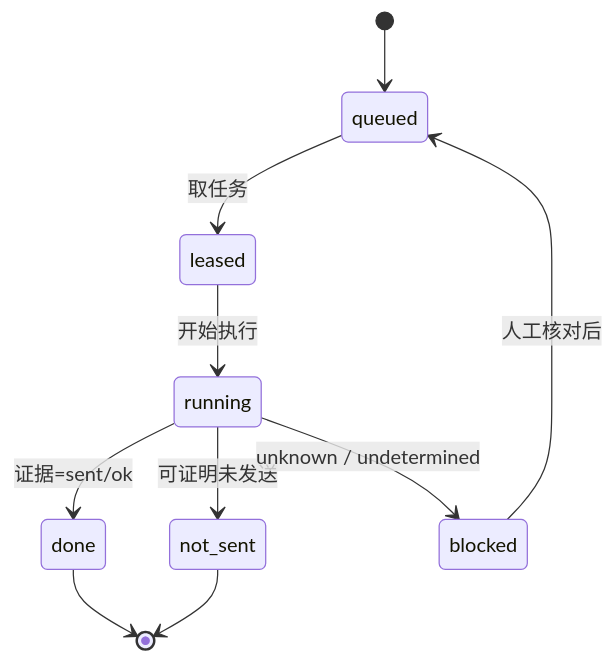
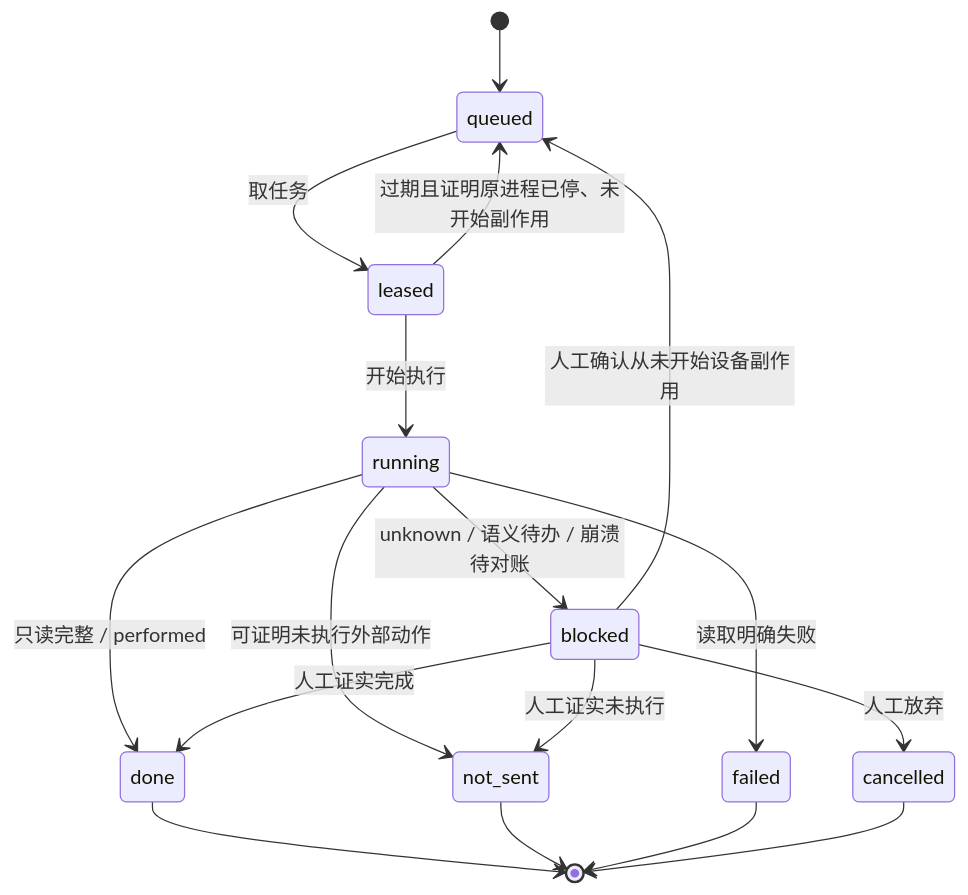
Before and after one commit to bin448482/job-application-openagent: the third of 6 diagrams in docs/BOSS直聘_求职自动化_实施计划_20261123.md, drawn with Mermaid. The commit also changed other lines of this file and 4 other files, not shown here.

````diff
--- a/docs/BOSS直聘_求职自动化_实施计划_20261123.md
+++ b/docs/BOSS直聘_求职自动化_实施计划_20261123.md
@@ -86,12 +95,19 @@
 ```mermaid
 stateDiagram-v2
   [*] --> queued
   queued --> leased: 取任务
   leased --> running: 开始执行
-  running --> done: 证据=sent/ok
-  running --> not_sent: 可证明未发送
-  running --> blocked: unknown / undetermined
-  blocked --> queued: 人工核对后
+  leased --> queued: 过期且证明原进程已停、未开始副作用
+  running --> done: 只读完整 / performed
+  running --> not_sent: 可证明未执行外部动作
+  running --> failed: 读取明确失败
+  running --> blocked: unknown / 语义待办 / 崩溃待对账
+  blocked --> queued: 人工确认从未开始设备副作用
+  blocked --> done: 人工证实完成
+  blocked --> not_sent: 人工证实未执行
+  blocked --> cancelled: 人工放弃
   done --> [*]
   not_sent --> [*]
+  failed --> [*]
+  cancelled --> [*]
 ```
````
